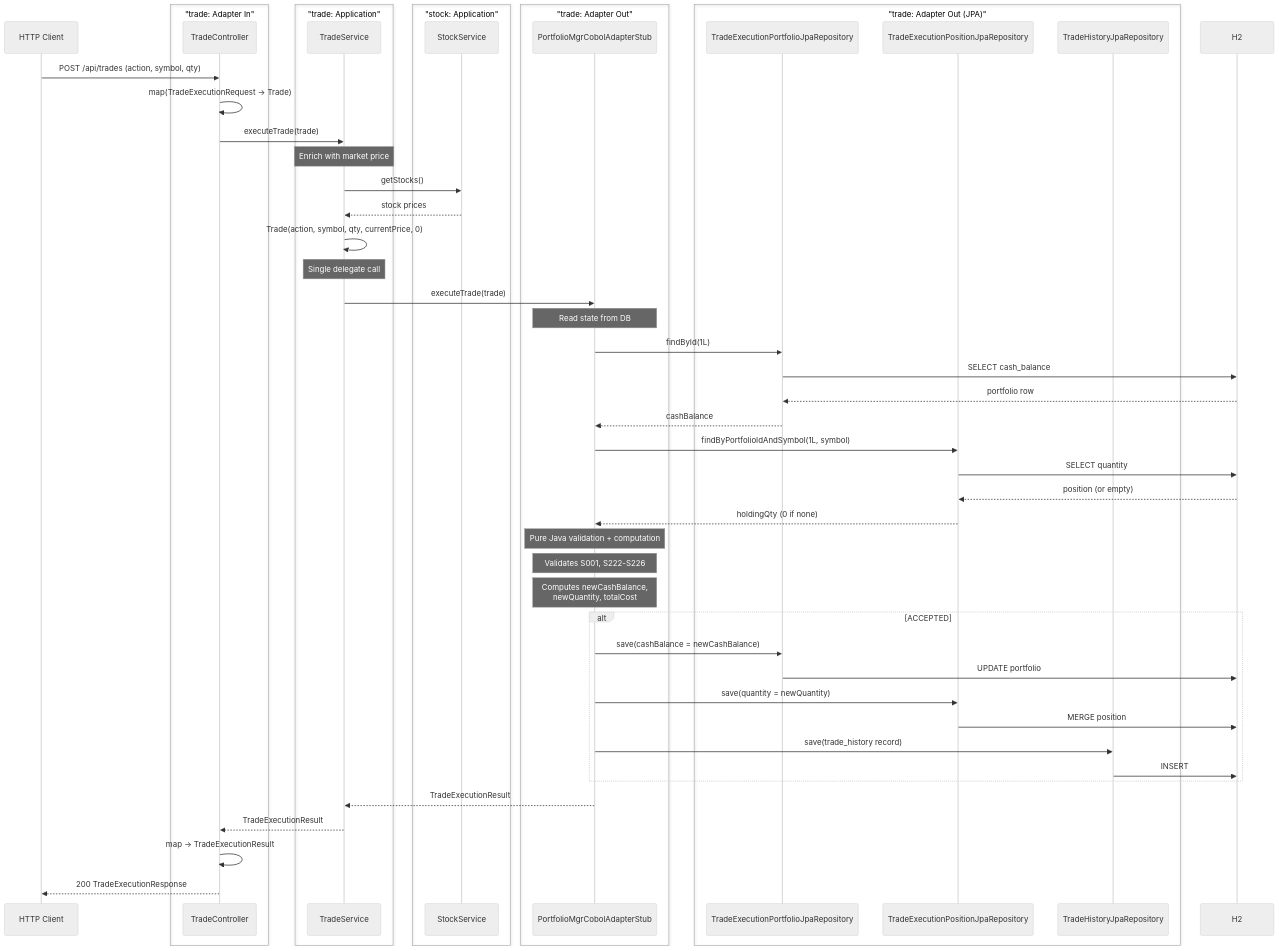
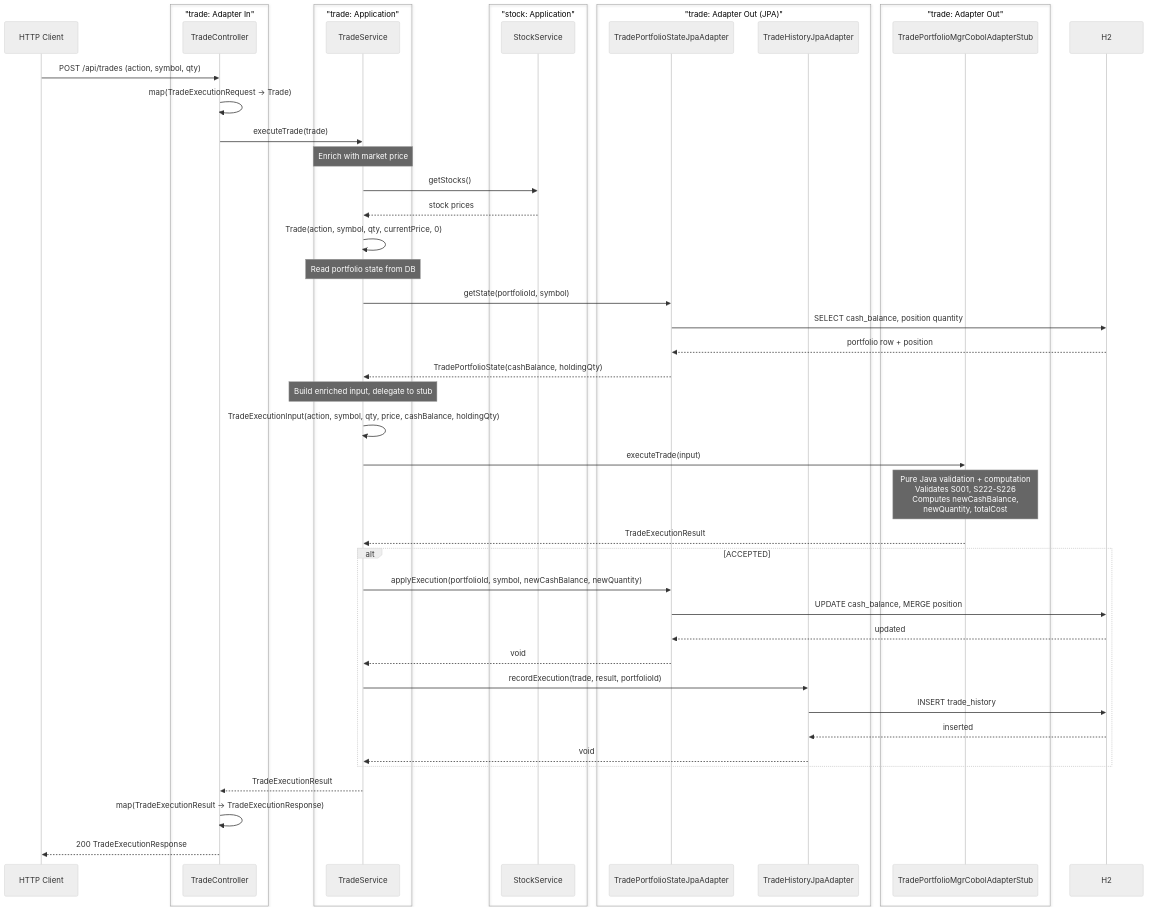
One commit to franBec/stonks-simulator changed the ninth of 11 diagrams in stonks_java/README.md. Above: the diagram before and after it, drawn with Mermaid (neutral theme). The commit also changed other lines of this file, not shown here.

First line of the commit message:
Update README module architecture diagram and end-to-end flow documentation

````diff
--- a/stonks_java/README.md
+++ b/stonks_java/README.md
@@ -381,63 +418,57 @@
 ```mermaid
 sequenceDiagram
     participant Client as HTTP Client
     box "trade: Adapter In"
     participant TC as TradeController
     end
     box "trade: Application"
     participant TS as TradeService
     end
     box "stock: Application"
     participant SS as StockService
     end
+    box "trade: Adapter Out (JPA)"
+    participant TPSJA as TradePortfolioStateJpaAdapter
+    participant THJA as TradeHistoryJpaAdapter
+    end
     box "trade: Adapter Out"
-    participant PMS as PortfolioMgrCobolAdapterStub
-    end
-    box "trade: Adapter Out (JPA)"
-    participant TEPR as TradeExecutionPortfolioJpaRepository
-    participant TEPR2 as TradeExecutionPositionJpaRepository
-    participant THR as TradeHistoryJpaRepository
+    participant TPMCAS as TradePortfolioMgrCobolAdapterStub
     end
     participant DB as H2
 
     Client->>TC: POST /api/trades (action, symbol, qty)
     TC->>TC: map(TradeExecutionRequest → Trade)
     TC->>TS: executeTrade(trade)
 
     Note over TS: Enrich with market price
     TS->>SS: getStocks()
     SS-->>TS: stock prices
     TS->>TS: Trade(action, symbol, qty, currentPrice, 0)
 
-    Note over TS: Single delegate call
-    TS->>PMS: executeTrade(trade)
+    Note over TS: Read portfolio state from DB
+    TS->>TPSJA: getState(portfolioId, symbol)
+    TPSJA->>DB: SELECT cash_balance, position quantity
+    DB-->>TPSJA: portfolio row + position
+    TPSJA-->>TS: TradePortfolioState(cashBalance, holdingQty)
 
-    Note over PMS: Read state from DB
-    PMS->>TEPR: findById(1L)
-    TEPR->>DB: SELECT cash_balance
-    DB-->>TEPR: portfolio row
-    TEPR-->>PMS: cashBalance
-
-    PMS->>TEPR2: findByPortfolioIdAndSymbol(1L, symbol)
-    TEPR2->>DB: SELECT quantity
-    DB-->>TEPR2: position (or empty)
-    TEPR2-->>PMS: holdingQty (0 if none)
-
-    Note over PMS: Pure Java validation + computation
-    Note over PMS: Validates S001, S222-S226
-    Note over PMS: Computes newCashBalance,<br/>newQuantity, totalCost
+    Note over TS: Build enriched input, delegate to stub
+    TS->>TS: TradeExecutionInput(action, symbol, qty, price, cashBalance, holdingQty)
+    TS->>TPMCAS: executeTrade(input)
+    Note over TPMCAS: Pure Java validation + computation<br/>Validates S001, S222-S226<br/>Computes newCashBalance,<br/>newQuantity, totalCost
+    TPMCAS-->>TS: TradeExecutionResult
 
     alt ACCEPTED
-        PMS->>TEPR: save(cashBalance = newCashBalance)
-        TEPR->>DB: UPDATE portfolio
-        PMS->>TEPR2: save(quantity = newQuantity)
-        TEPR2->>DB: MERGE position
-        PMS->>THR: save(trade_history record)
-        THR->>DB: INSERT
+        TS->>TPSJA: applyExecution(portfolioId, symbol, newCashBalance, newQuantity)
+        TPSJA->>DB: UPDATE cash_balance, MERGE position
+        DB-->>TPSJA: updated
+        TPSJA-->>TS: void
+        TS->>THJA: recordExecution(trade, result, portfolioId)
+        THJA->>DB: INSERT trade_history
+        DB-->>THJA: inserted
+        THJA-->>TS: void
     end
 
-    PMS-->>TS: TradeExecutionResult
     TS-->>TC: TradeExecutionResult
-    TC->>TC: map → TradeExecutionResult
+    TC->>TC: map(TradeExecutionResult → TradeExecutionResponse)
     TC-->>Client: 200 TradeExecutionResponse
 ```
````
